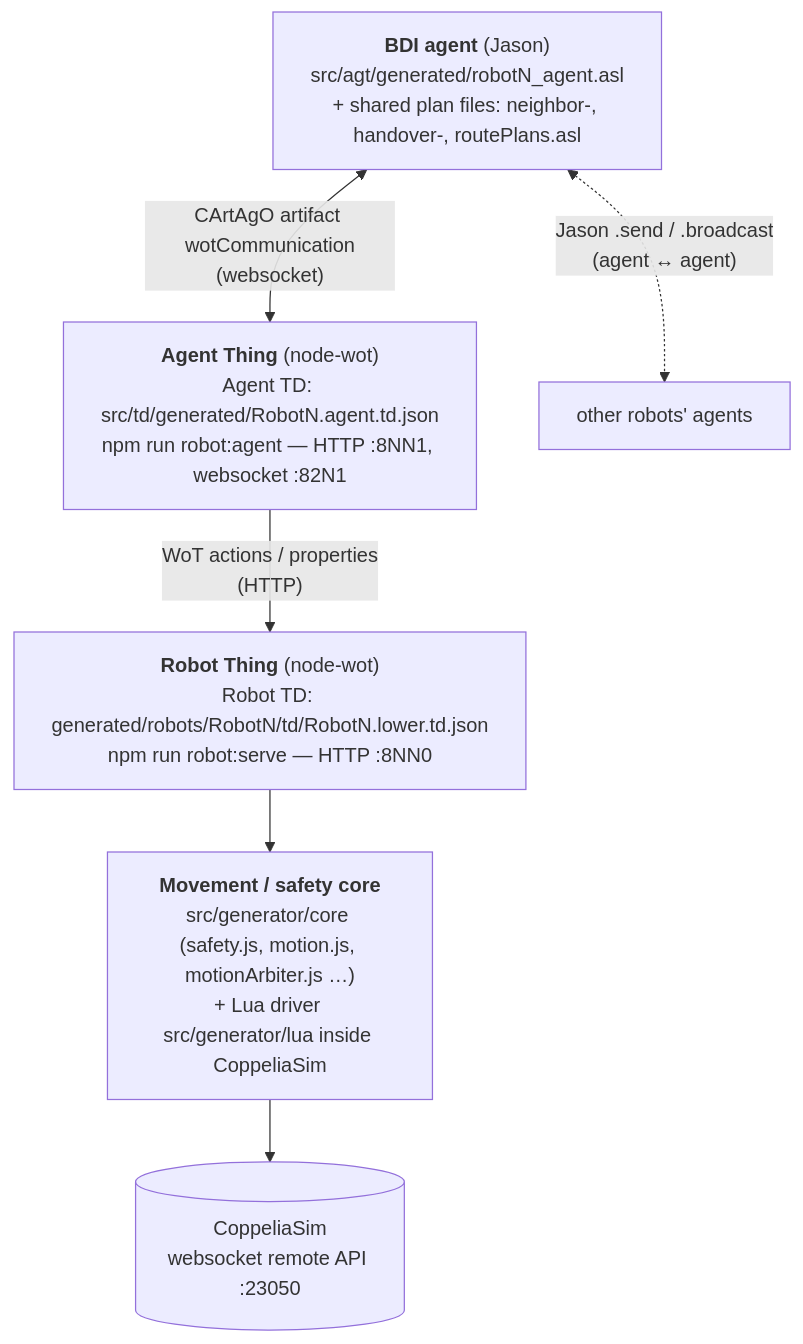
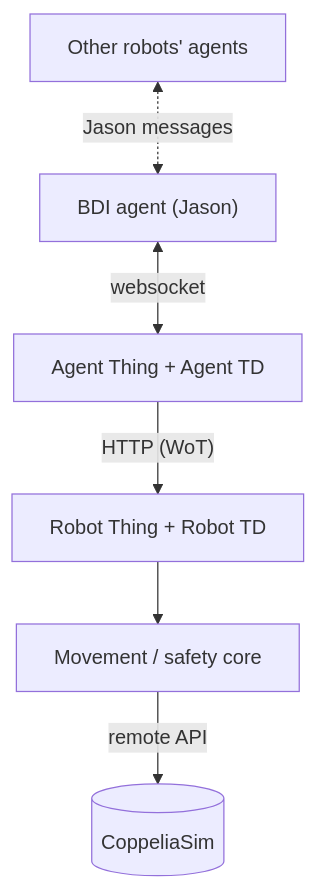
Before and after one commit to Mango2899/Interoperable-Agentic-Object-Manipulation-Framework: the diagram in README.md, drawn with Mermaid. The commit also changed other lines of this file, not shown here.

````diff
--- a/README.md
+++ b/README.md
@@ -36,14 +36,15 @@
 ```mermaid
 flowchart TB
-    A["<b>BDI agent</b> (Jason)<br/>src/agt/generated/robotN_agent.asl<br/>+ shared plan files: neighbor-, handover-, routePlans.asl"]
-    AT["<b>Agent Thing</b> (node-wot)<br/>Agent TD: src/td/generated/RobotN.agent.td.json<br/>npm run robot:agent — HTTP :8NN1, websocket :82N1"]
-    RT["<b>Robot Thing</b> (node-wot)<br/>Robot TD: generated/robots/RobotN/td/RobotN.lower.td.json<br/>npm run robot:serve — HTTP :8NN0"]
-    SC["<b>Movement / safety core</b><br/>src/generator/core (safety.js, motion.js, motionArbiter.js …)<br/>+ Lua driver src/generator/lua inside CoppeliaSim"]
-    SIM[("CoppeliaSim<br/>websocket remote API :23050")]
+    A2["Other robots' agents"]
+    A["BDI agent (Jason)"]
+    AT["Agent Thing + Agent TD"]
+    RT["Robot Thing + Robot TD"]
+    SC["Movement / safety core"]
+    SIM[("CoppeliaSim")]
 
-    A <-- "CArtAgO artifact wotCommunication<br/>(websocket)" --> AT
-    AT -- "WoT actions / properties<br/>(HTTP)" --> RT
+    A2 <-. "Jason messages" .-> A
+    A <-- "websocket" --> AT
+    AT -- "HTTP (WoT)" --> RT
     RT --> SC
-    SC --> SIM
-    A <-. "Jason .send / .broadcast<br/>(agent ↔ agent)" .-> A2["other robots' agents"]
+    SC -- "remote API" --> SIM
 ```
````
